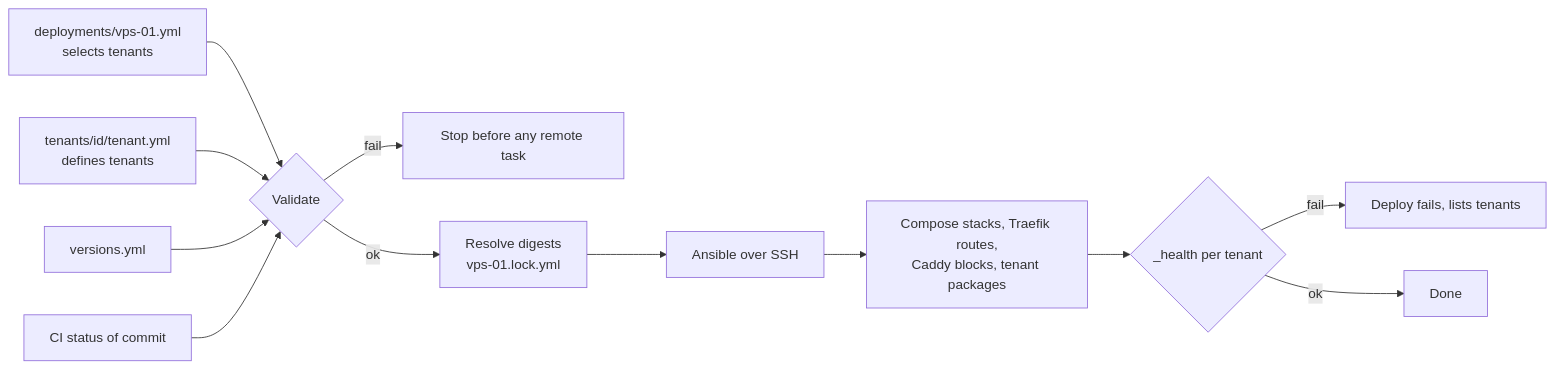
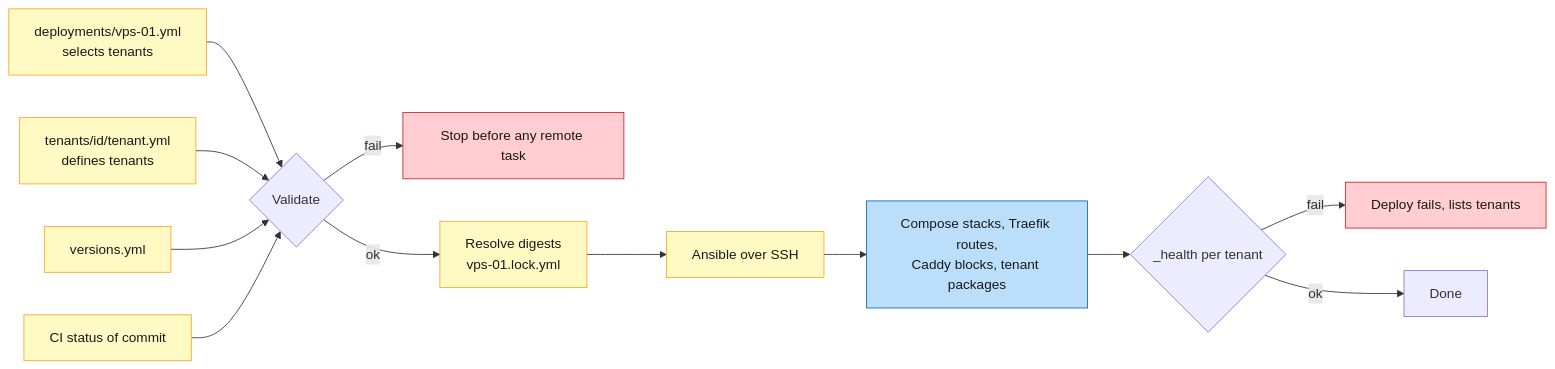
Before and after one commit to varunpathania86/nigu-lite: diagram 11 of 23 in master-plan.md, drawn with Mermaid. The commit also changed other lines of this file and 38 other files, not shown here.

````diff
--- a/master-plan.md
+++ b/master-plan.md
@@ -749,14 +820,20 @@
 ```mermaid
 flowchart LR
   M["deployments/vps-01.yml<br/>selects tenants"] --> V{Validate}
   T["tenants/id/tenant.yml<br/>defines tenants"] --> V
   VS["versions.yml"] --> V
   CI["CI status of commit"] --> V
   V -->|fail| X["Stop before any remote task"]
   V -->|ok| L["Resolve digests<br/>vps-01.lock.yml"]
   L --> A["Ansible over SSH"]
   A --> C["Compose stacks, Traefik routes,<br/>Caddy blocks, tenant packages"]
   C --> H{"_health per tenant"}
   H -->|fail| F["Deploy fails, lists tenants"]
   H -->|ok| D[Done]
+  class C app
+  class M,T,VS,CI,L,A tool
+  class X,F fail
+  classDef app fill:#bbdefb,stroke:#1565c0,color:#1a1a1a
+  classDef tool fill:#fff9c4,stroke:#f9a825,color:#1a1a1a
+  classDef fail fill:#ffcdd2,stroke:#c62828,color:#1a1a1a
 ```
````
